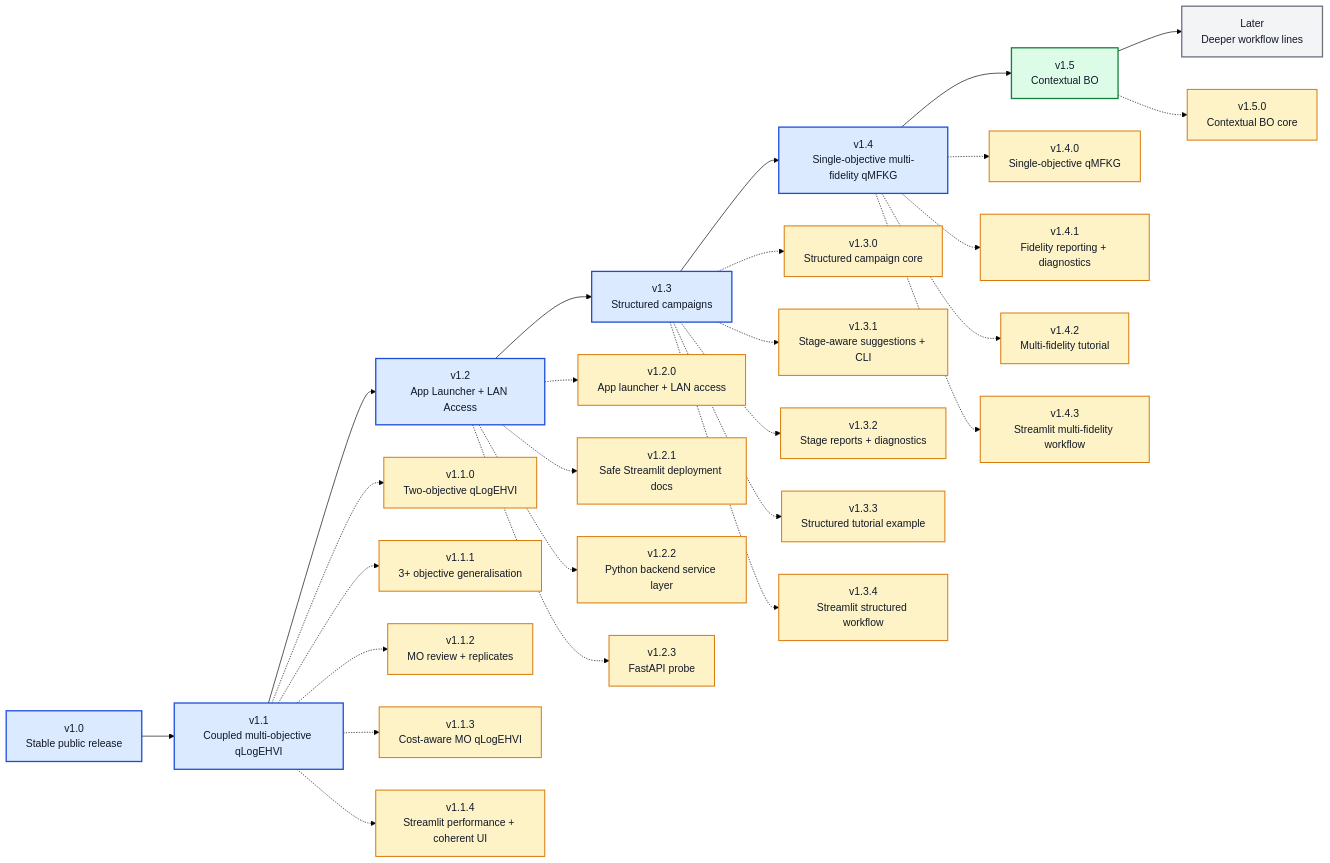
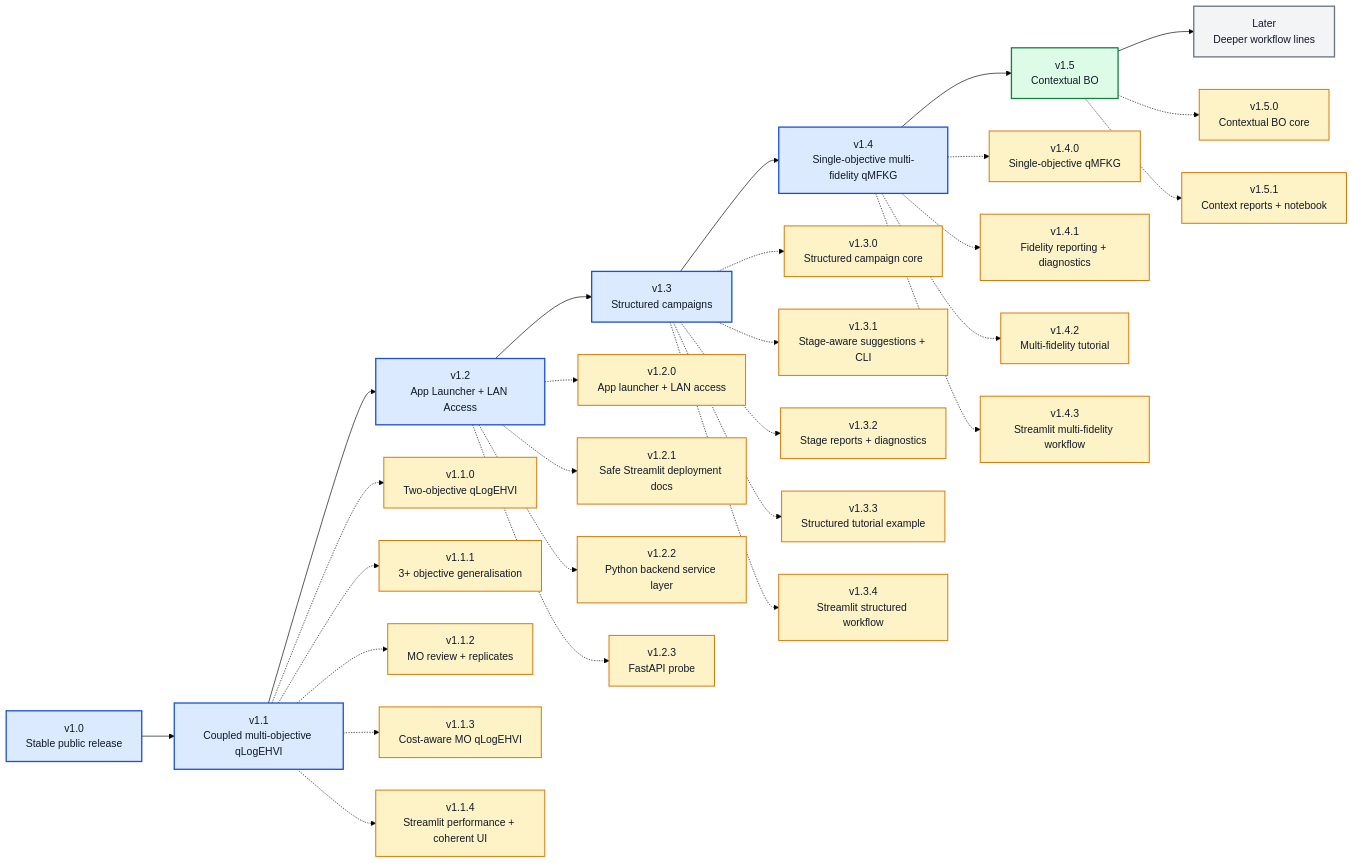
The diagram in ROADMAP_V1_X.md (angzeli/bo-forge), drawn with Mermaid (forest theme) before and after one commit. The commit also changed other lines of this file and 33 other files, not shown here.

````diff
--- a/ROADMAP_V1_X.md
+++ b/ROADMAP_V1_X.md
@@ -7,54 +7,56 @@
 ```mermaid
 flowchart LR
     v10["v1.0<br/>Stable public release"] --> v11["v1.1<br/>Coupled multi-objective qLogEHVI"] --> v12["v1.2<br/>App Launcher + LAN Access"] --> v13["v1.3<br/>Structured campaigns"] --> v14["v1.4<br/>Single-objective multi-fidelity qMFKG"] --> v15["v1.5<br/>Contextual BO"] --> later["Later<br/>Deeper workflow lines"]
 
     v110["v1.1.0<br/>Two-objective qLogEHVI"]
     v111["v1.1.1<br/>3+ objective generalisation"]
     v112["v1.1.2<br/>MO review + replicates"]
     v113["v1.1.3<br/>Cost-aware MO qLogEHVI"]
     v114["v1.1.4<br/>Streamlit performance + coherent UI"]
     v120["v1.2.0<br/>App launcher + LAN access"]
     v121["v1.2.1<br/>Safe Streamlit deployment docs"]
     v122["v1.2.2<br/>Python backend service layer"]
     v123["v1.2.3<br/>FastAPI probe"]
     v130["v1.3.0<br/>Structured campaign core"]
     v131["v1.3.1<br/>Stage-aware suggestions + CLI"]
     v132["v1.3.2<br/>Stage reports + diagnostics"]
     v133["v1.3.3<br/>Structured tutorial example"]
     v134["v1.3.4<br/>Streamlit structured workflow"]
     v140["v1.4.0<br/>Single-objective qMFKG"]
     v141["v1.4.1<br/>Fidelity reporting + diagnostics"]
     v142["v1.4.2<br/>Multi-fidelity tutorial"]
     v143["v1.4.3<br/>Streamlit multi-fidelity workflow"]
     v150["v1.5.0<br/>Contextual BO core"]
+    v151["v1.5.1<br/>Context reports + notebook"]
     
     v11 -.-> v110
     v11 -.-> v111
     v11 -.-> v112
     v11 -.-> v113
     v11 -.-> v114
     v12 -.-> v120
     v12 -.-> v121
     v12 -.-> v122
     v12 -.-> v123
     v13 -.-> v130
     v13 -.-> v131
     v13 -.-> v132
     v13 -.-> v133
     v13 -.-> v134
     v14 -.-> v140
     v14 -.-> v141
     v14 -.-> v142
     v14 -.-> v143
     v15 -.-> v150
+    v15 -.-> v151
 
     class v10,v11,v12,v13,v14 majorDone
     class v15 majorActive
     class later majorFuture
-    class v110,v111,v112,v113,v114,v120,v121,v122,v123,v130,v131,v132,v133,v134,v140,v141,v142,v143,v150 patchDone
+    class v110,v111,v112,v113,v114,v120,v121,v122,v123,v130,v131,v132,v133,v134,v140,v141,v142,v143,v150,v151 patchDone
 
     classDef majorDone fill:#dbeafe,stroke:#1d4ed8,stroke-width:2px,color:#111827;
     classDef majorActive fill:#dcfce7,stroke:#15803d,stroke-width:2px,color:#111827;
     classDef majorFuture fill:#f3f4f6,stroke:#6b7280,stroke-width:2px,color:#111827;
     classDef patchDone fill:#fef3c7,stroke:#d97706,stroke-width:1.5px,color:#111827;
 ```
````
